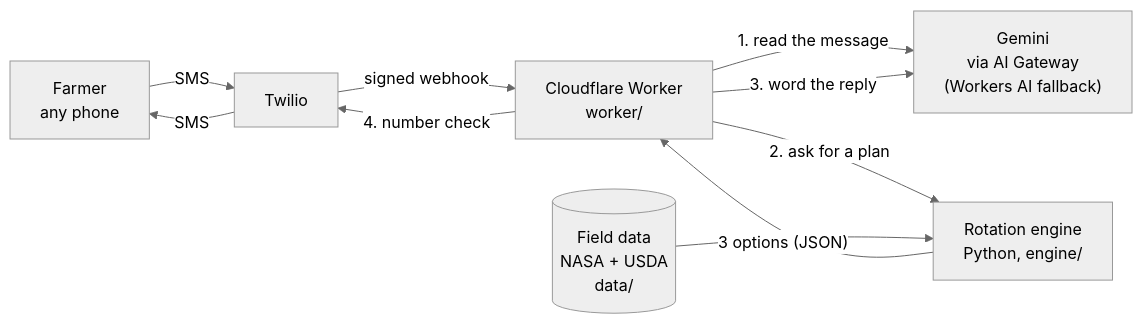
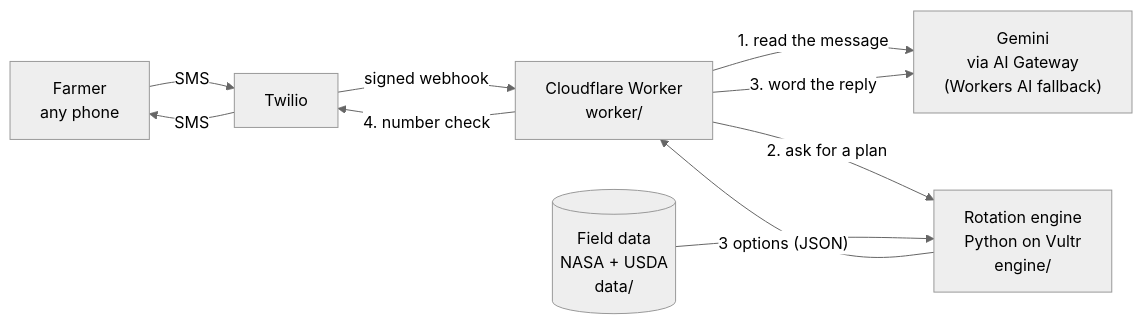
One commit to rs9459-dot/nasa-space-app-challenge changed the first of 2 diagrams in README.md. Above: the diagram before and after it, drawn with Mermaid (neutral theme). The commit also changed other lines of this file, not shown here.

````diff
--- a/README.md
+++ b/README.md
@@ -36,12 +46,12 @@
 ```mermaid
 flowchart LR
     F["Farmer<br/>any phone"] -- SMS --> T[Twilio]
     T -- signed webhook --> W["Cloudflare Worker<br/>worker/"]
     W -- "1. read the message" --> G["Gemini<br/>via AI Gateway<br/>(Workers AI fallback)"]
-    W -- "2. ask for a plan" --> E["Rotation engine<br/>Python, engine/"]
+    W -- "2. ask for a plan" --> E["Rotation engine<br/>Python on Vultr<br/>engine/"]
     D[("Field data<br/>NASA + USDA<br/>data/")] --> E
     E -- "3 options (JSON)" --> W
     W -- "3. word the reply" --> G
     W -- "4. number check" --> T
     T -- SMS --> F
 ```
````
